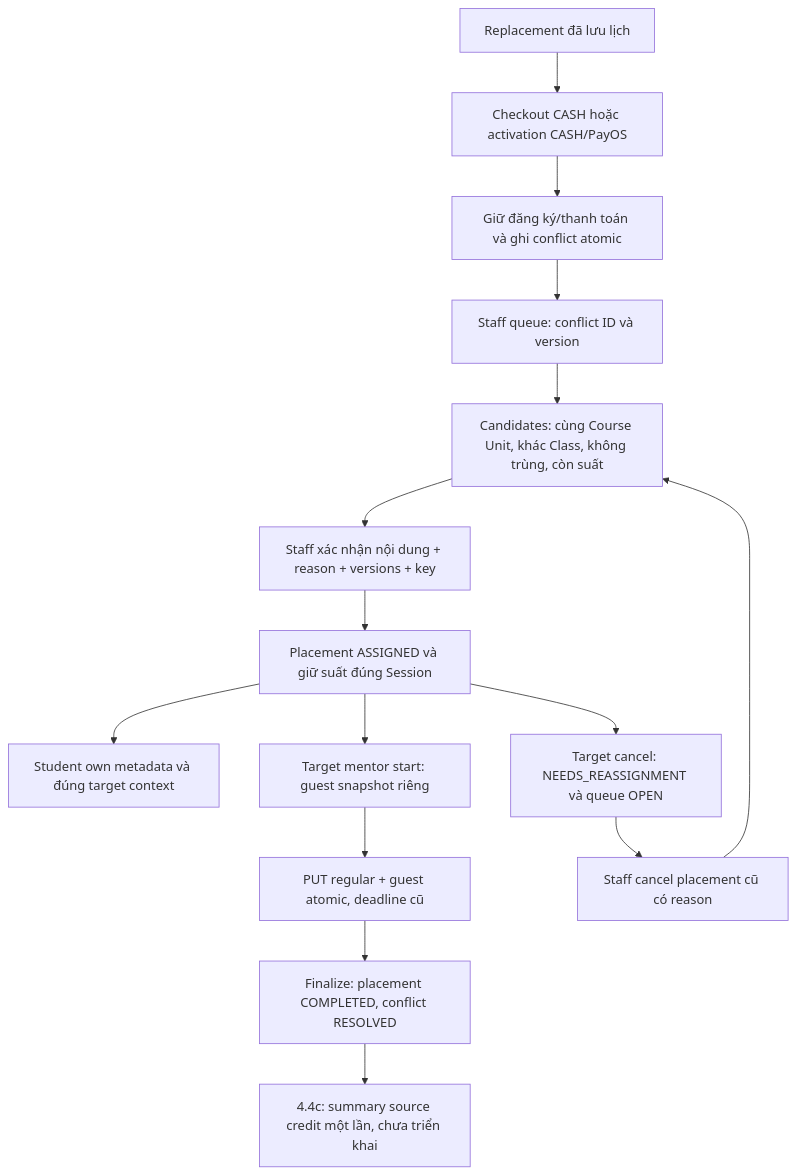
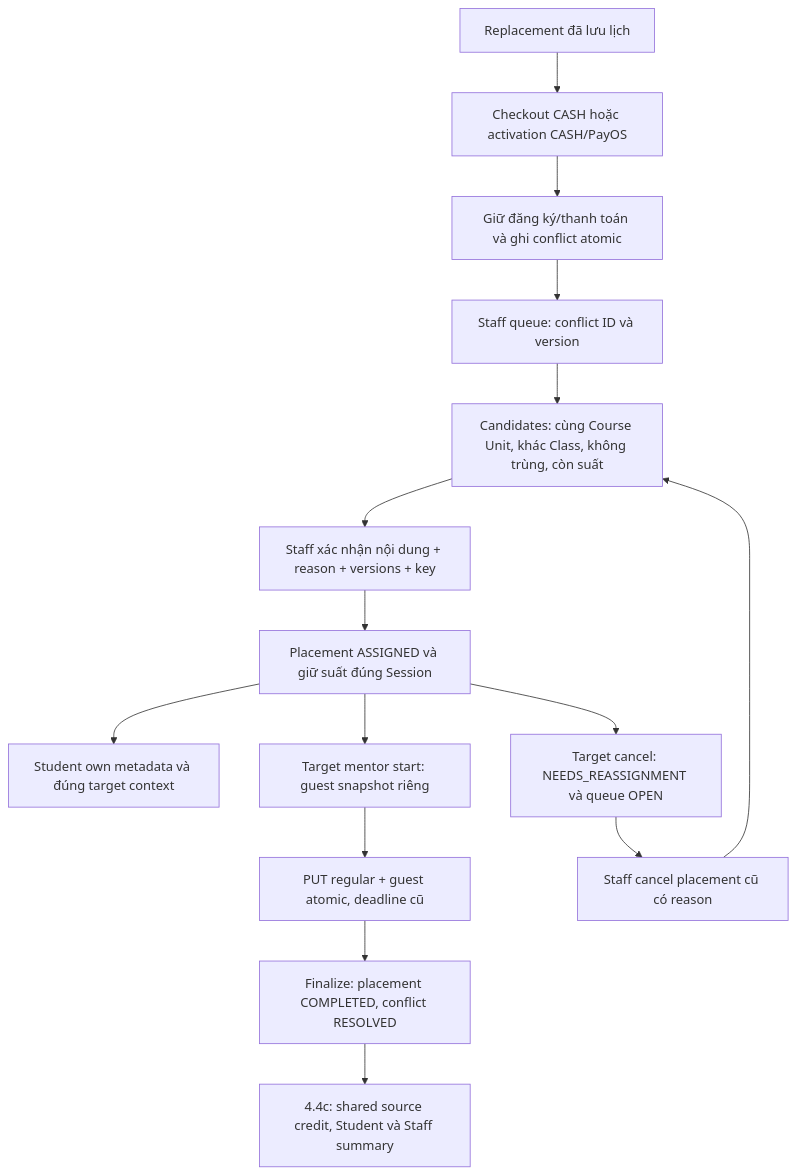
One commit to nhathuyck1/Mindy-BE changed the third of 4 diagrams in docs/api_flow/PHASE_4_4_FLOW.md. Above: the diagram before and after it, drawn with Mermaid. The commit also changed other lines of this file and 40 other files, not shown here.

````diff
--- a/docs/api_flow/PHASE_4_4_FLOW.md
+++ b/docs/api_flow/PHASE_4_4_FLOW.md
@@ -21,17 +104,17 @@
 ```mermaid
 flowchart TD
   A[Replacement đã lưu lịch] --> B[Checkout CASH hoặc activation CASH/PayOS]
   B --> C[Giữ đăng ký/thanh toán và ghi conflict atomic]
   C --> D[Staff queue: conflict ID và version]
   D --> E[Candidates: cùng Course Unit, khác Class, không trùng, còn suất]
   E --> F[Staff xác nhận nội dung + reason + versions + key]
   F --> G[Placement ASSIGNED và giữ suất đúng Session]
   G --> H[Student own metadata và đúng target context]
   G --> I[Target mentor start: guest snapshot riêng]
   I --> J[PUT regular + guest atomic, deadline cũ]
   J --> K[Finalize: placement COMPLETED, conflict RESOLVED]
   G --> L[Target cancel: NEEDS_REASSIGNMENT và queue OPEN]
   L --> M[Staff cancel placement cũ có reason]
   M --> E
-  K --> N[4.4c: summary source credit một lần, chưa triển khai]
+  K --> N[4.4c: shared source credit, Student và Staff summary]
 ```
````
